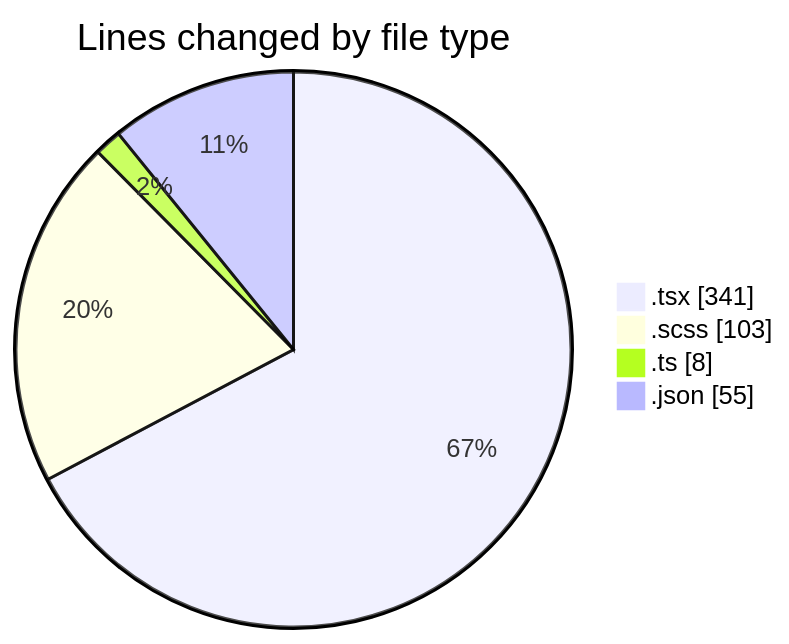
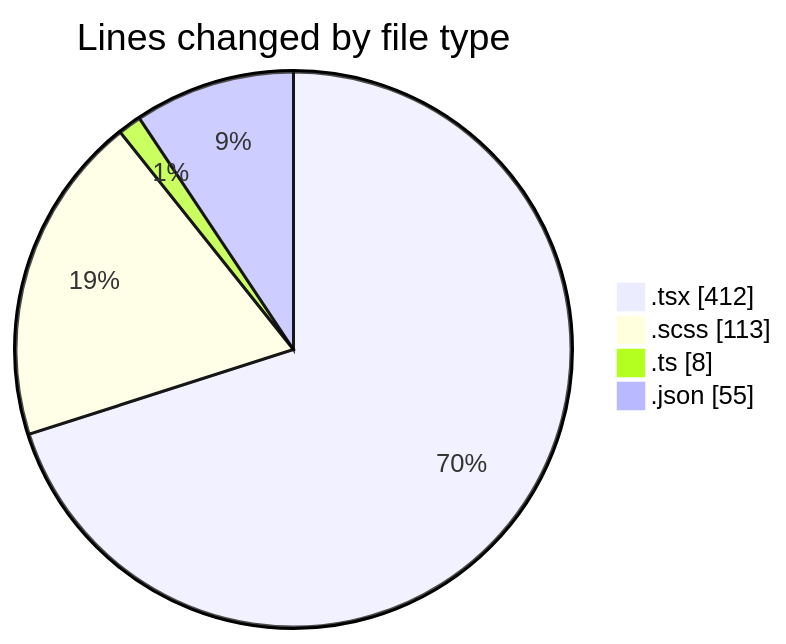
The first of 2 diagrams in 2026-10-30/cda/README.md (momahboobian/code-tracking), drawn with Mermaid before and after one commit. The commit also changed other lines of this file and 1 other file, not shown here.

````diff
--- a/2026-10-30/cda/README.md
+++ b/2026-10-30/cda/README.md
@@ -26,8 +27,8 @@
 ```mermaid
 pie showData
 title Lines changed by file type
-".tsx" : 341
-".scss" : 103
+".tsx" : 412
+".scss" : 113
 ".ts" : 8
 ".json" : 55
 ```
````
